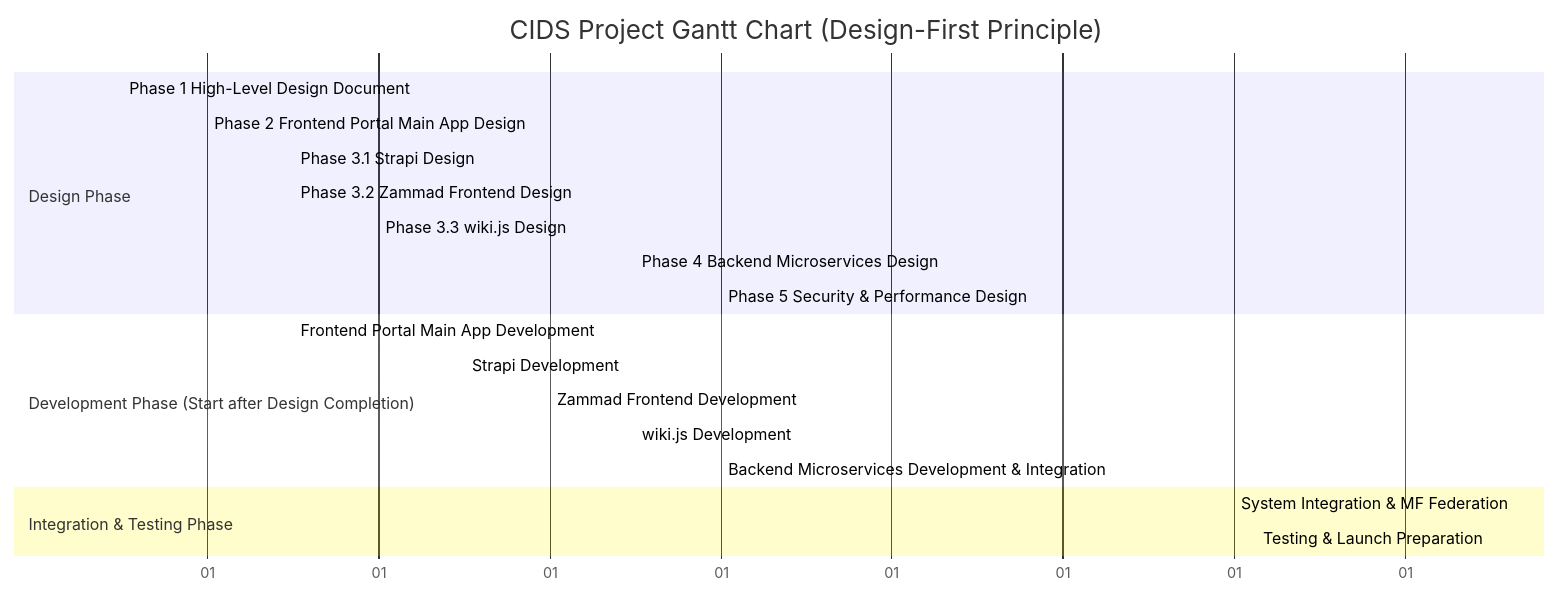
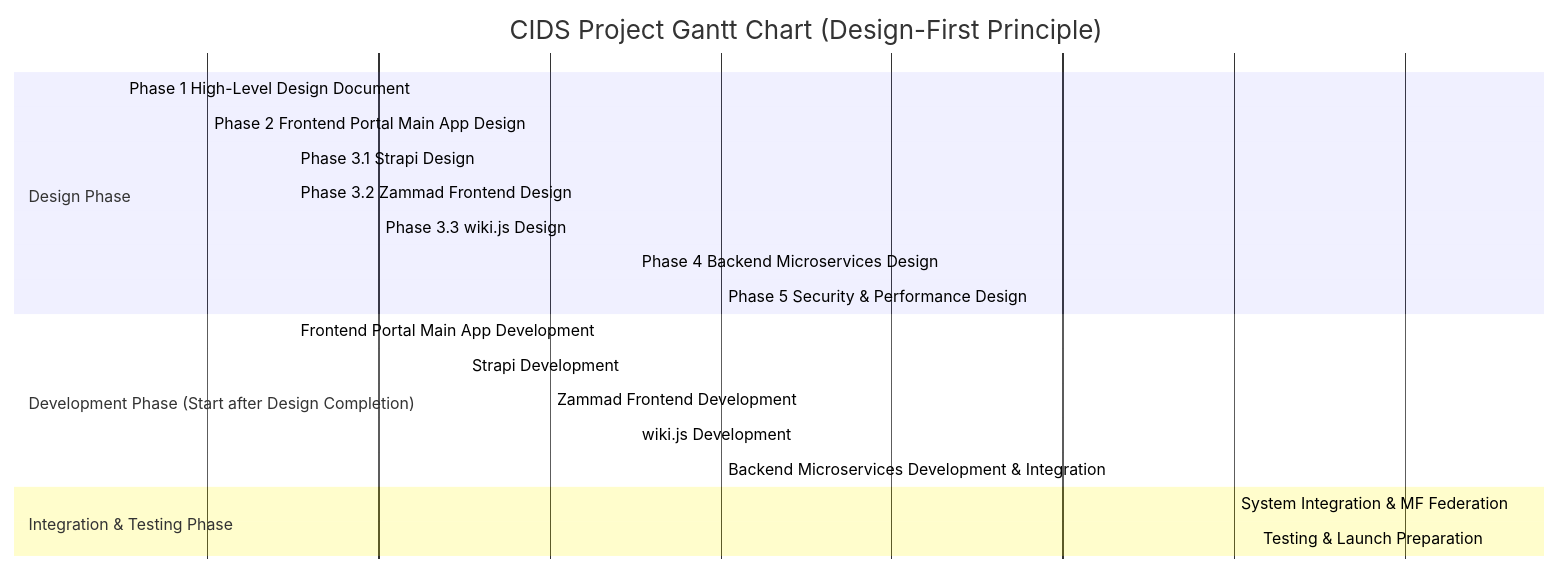
One commit to duofangxiangcai/iodraw-files changed the diagram in all/未命名.md. Above: the diagram before and after it, drawn with Mermaid.

Commit message:
2025-12-09 17:16:13 update

````diff
--- a/all/未命名.md
+++ b/all/未命名.md
@@ -1,28 +1,28 @@
 ```mermaid
 gantt
     title CIDS Project Gantt Chart (Design-First Principle)
     dateFormat  X
-    axisFormat %d
+    axisFormat %
     tickInterval 1
 
     section Design Phase
         Phase 1 High-Level Design Document       :done,    des1, 1, 1       % Week1 (1 week)
         Phase 2 Frontend Portal Main App Design :done,    des2, 2, 2       % Week2 (1 week)
         Phase 3.1 Strapi Design                 :active,  des31, 3, 4     % Week3-4 (2 weeks)
         Phase 3.2 Zammad Frontend Design        :         des32, 3, 5     % Week3-5 (3 weeks)
         Phase 3.3 wiki.js Design                :         des33, 4, 6     % Week4-6 (3 weeks)
         Phase 4 Backend Microservices Design    :         des4, 7, 7     % Week7 (1 week)
         Phase 5 Security & Performance Design   :         des5, 8, 8     % Week8 (1 week)
 
     section Development Phase (Start after Design Completion)
         Frontend Portal Main App Development     :         dev1, 3, 7     % Starts after Phase2 design → Week3-7 (5 weeks)
         Strapi Development                        :         dev2, 5, 9     % Starts after Phase3.1 design → Week5-9 (5 weeks)
         Zammad Frontend Development               :         dev3, 6, 10    % Starts after Phase3.2 design → Week6-10 (5 weeks)
         wiki.js Development                        :         dev4, 7, 11    % Starts after Phase3.3 design → Week7-11 (5 weeks)
         Backend Microservices Development & Integration : dev5, 8, 13 % Starts after Phase4 design → Week8-13 (6 weeks)
 
     section Integration & Testing Phase
         System Integration & MF Federation       :         int1, 14, 16    % Week14-16 (3 weeks)
         Testing & Launch Preparation             :         test1, 17, 17   % Week17 (1 week)
 
 ```
````
